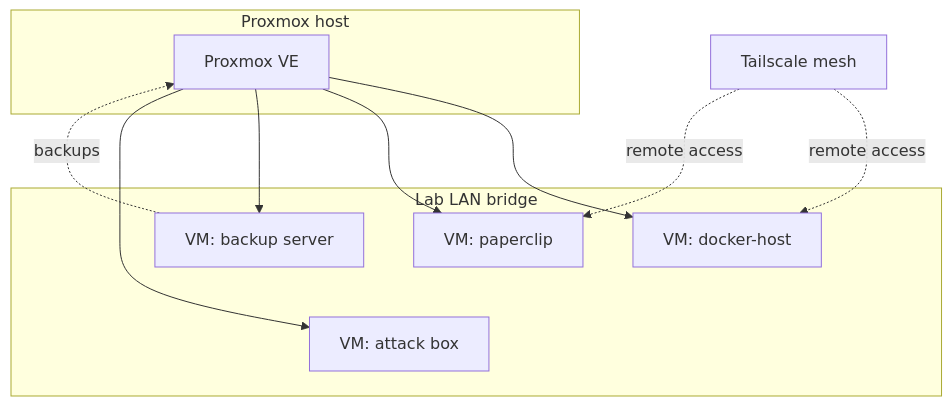
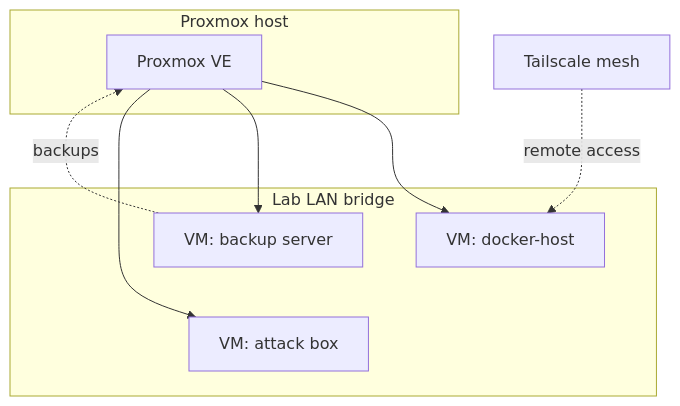
One commit to Dstanfield-Creator/lab-ops changed the diagram in README.md. Above: the diagram before and after it, drawn with Mermaid. The commit also changed 4 other files, not shown here.

````diff
--- a/README.md
+++ b/README.md
@@ -34,29 +34,25 @@
 ```mermaid
 flowchart TB
     subgraph host[Proxmox host]
         pve[Proxmox VE]
     end
 
     subgraph lan[Lab LAN bridge]
         docker[VM: docker-host]
-        paperclip[VM: paperclip]
         pbs[VM: backup server]
         attack[VM: attack box]
     end
 
     ts[Tailscale mesh]
 
     pve --> docker
-    pve --> paperclip
     pve --> pbs
     pve --> attack
 
     docker --- lan
-    paperclip --- lan
     pbs --- lan
     attack --- lan
 
     ts -.remote access.-> docker
-    ts -.remote access.-> paperclip
     pbs -.backups.-> pve
 ```
````
